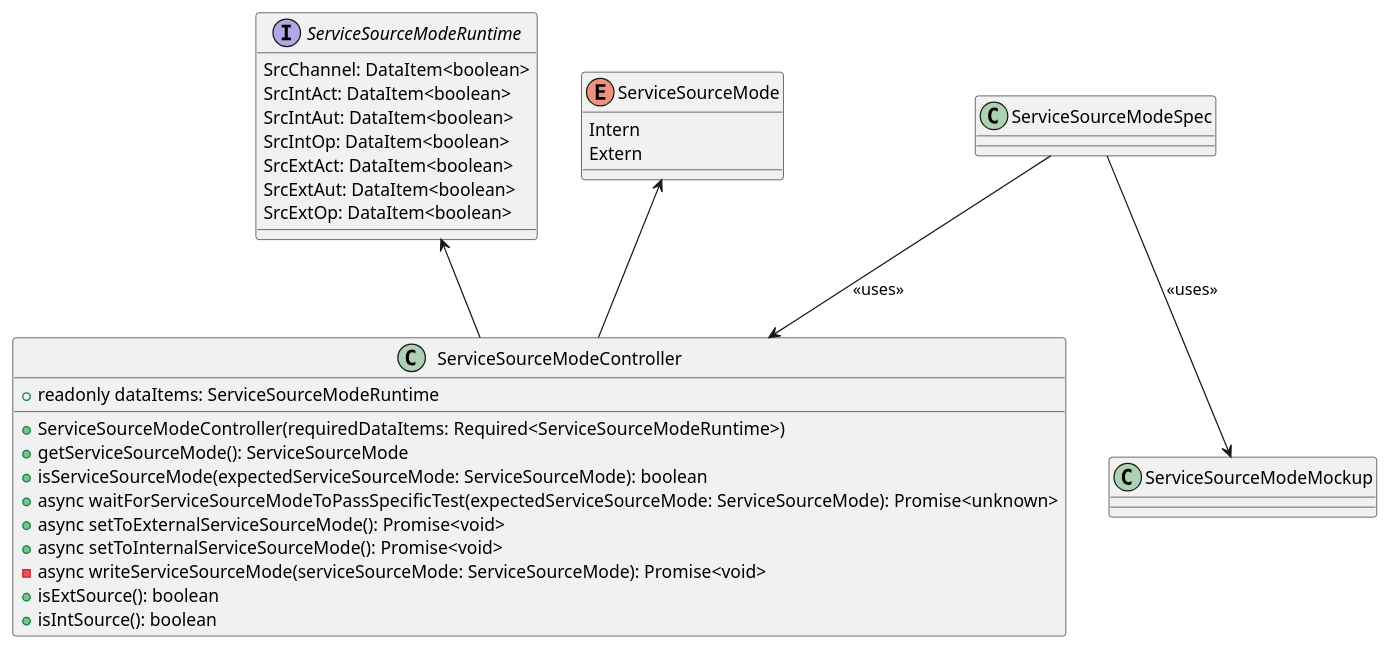
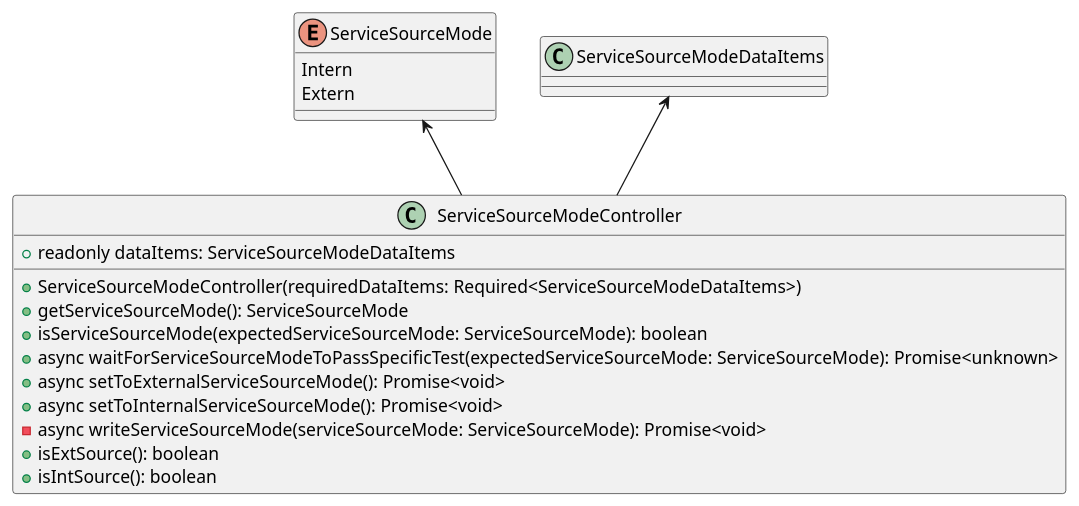
One commit to p2o-lab/polaris-backend changed the diagram in src/modularPlantManager/pea/dataAssembly/baseFunction/serviceSourceMode/ServiceSourceModeController.puml. Above: the diagram before and after it, drawn with PlantUML. The commit also changed 12 other files, not shown here.

```diff
--- a/src/modularPlantManager/pea/dataAssembly/baseFunction/serviceSourceMode/ServiceSourceModeController.puml
+++ b/src/modularPlantManager/pea/dataAssembly/baseFunction/serviceSourceMode/ServiceSourceModeController.puml
@@ -26,37 +26,27 @@
 @startuml
 'https://plantuml.com/class-diagram
 
-interface ServiceSourceModeRuntime{
-    SrcChannel: DataItem<boolean>
-	SrcIntAct: DataItem<boolean>
-	SrcIntAut: DataItem<boolean>
-	SrcIntOp: DataItem<boolean>
-	SrcExtAct: DataItem<boolean>
-	SrcExtAut: DataItem<boolean>
-	SrcExtOp: DataItem<boolean>
-}
 
 enum ServiceSourceMode{
 Intern
 Extern
 }
 
 
 class ServiceSourceModeController{
-    + readonly dataItems: ServiceSourceModeRuntime
-    + ServiceSourceModeController(requiredDataItems: Required<ServiceSourceModeRuntime>)
+    + readonly dataItems: ServiceSourceModeDataItems
+    + ServiceSourceModeController(requiredDataItems: Required<ServiceSourceModeDataItems>)
     + getServiceSourceMode(): ServiceSourceMode
     + isServiceSourceMode(expectedServiceSourceMode: ServiceSourceMode): boolean
     + async waitForServiceSourceModeToPassSpecificTest(expectedServiceSourceMode: ServiceSourceMode): Promise<unknown>
     + async setToExternalServiceSourceMode(): Promise<void>
     + async setToInternalServiceSourceMode(): Promise<void>
     - async writeServiceSourceMode(serviceSourceMode: ServiceSourceMode): Promise<void>
     + isExtSource(): boolean
     + isIntSource(): boolean
 }
 
 ServiceSourceMode <-- ServiceSourceModeController
-ServiceSourceModeRuntime <-- ServiceSourceModeController
-ServiceSourceModeSpec --> ServiceSourceModeController : <<uses>>
-ServiceSourceModeSpec --> ServiceSourceModeMockup : <<uses>>
+ServiceSourceModeDataItems <-- ServiceSourceModeController
+
 @enduml
```
